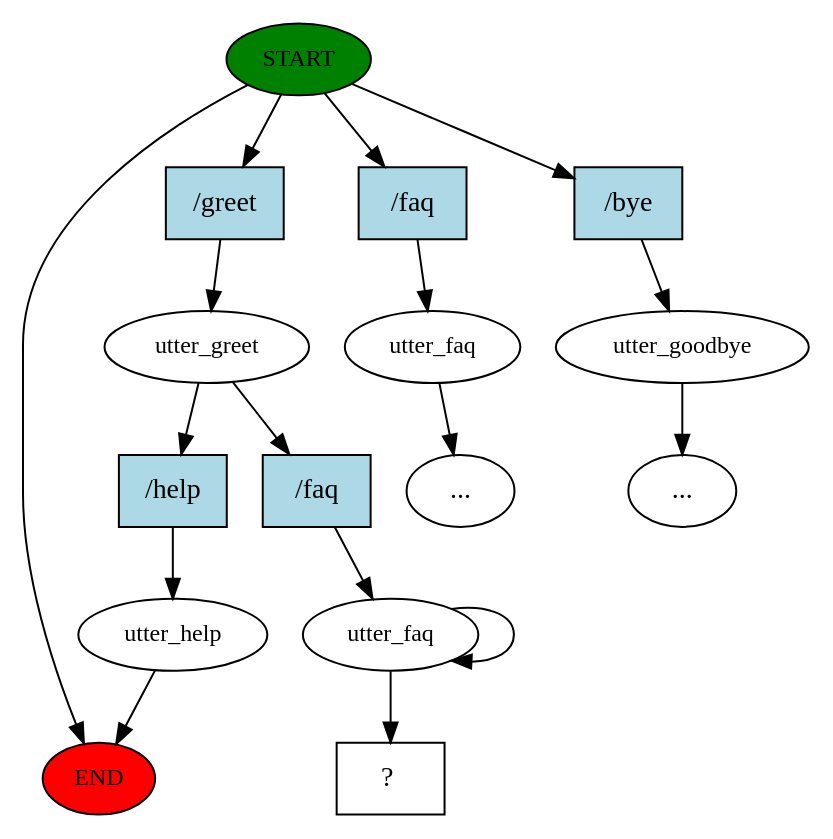
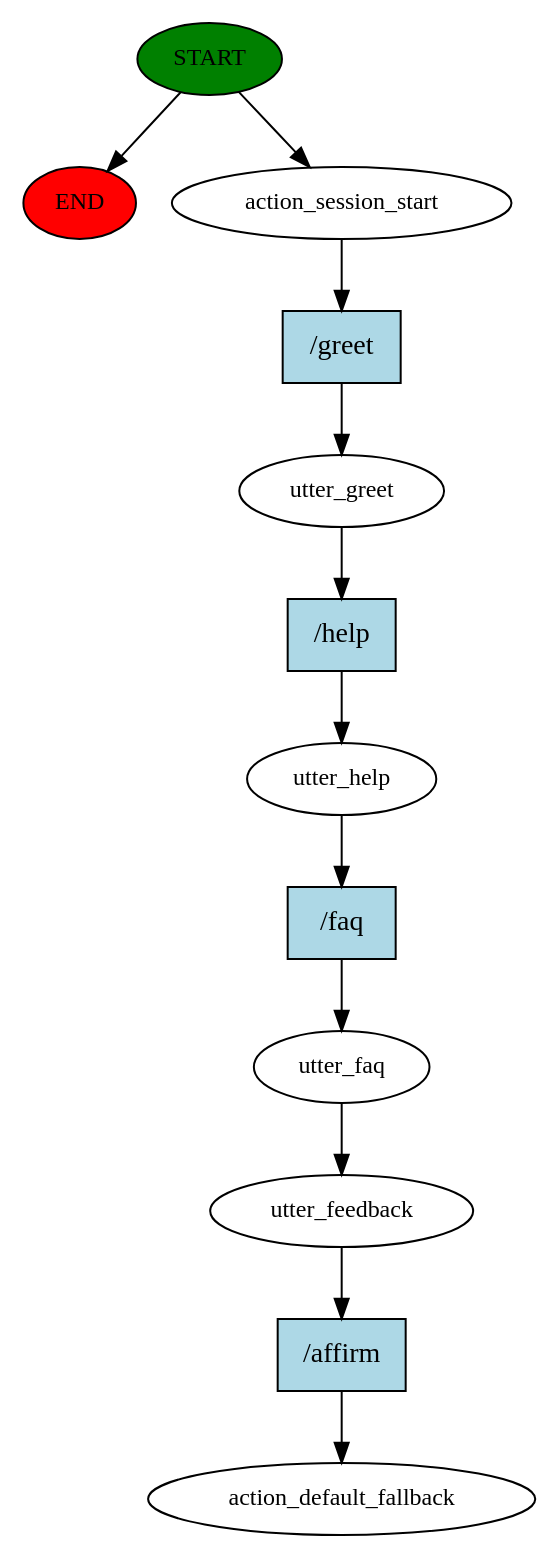
Before and after one commit to michelicious11/Chatbot_Rasa: the diagram in story_graph.dot, drawn with Graphviz. The commit also changed 201 other files, not shown here.

```diff
--- a/story_graph.dot
+++ b/story_graph.dot
@@ -1,33 +1,25 @@
 digraph  {
 0 [class="start active", fillcolor=green, fontsize=12, label=START, style=filled];
 "-1" [class=end, fillcolor=red, fontsize=12, label=END, style=filled];
-1 [class=active, fontsize=12, label=utter_greet];
-2 [class="", fontsize=12, label=utter_help];
-3 [class="", fontsize=12, label=utter_faq];
-"-3" [class=ellipsis, label="..."];
-4 [class="", fontsize=12, label=utter_goodbye];
-"-4" [class=ellipsis, label="..."];
-6 [class=active, fontsize=12, label=utter_faq];
-8 [class="intent dashed active", label="  ?  ", shape=rect];
-9 [class="intent active", fillcolor=lightblue, label="/greet", shape=rect, style=filled];
-10 [class=intent, fillcolor=lightblue, label="/faq", shape=rect, style=filled];
-11 [class=intent, fillcolor=lightblue, label="/bye", shape=rect, style=filled];
-12 [class=intent, fillcolor=lightblue, label="/help", shape=rect, style=filled];
-13 [class="intent active", fillcolor=lightblue, label="/faq", shape=rect, style=filled];
+1 [class=active, fontsize=12, label=action_session_start];
+2 [class=active, fontsize=12, label=utter_greet];
+3 [class=active, fontsize=12, label=utter_help];
+4 [class=active, fontsize=12, label=utter_faq];
+5 [class=active, fontsize=12, label=utter_feedback];
+6 [class="dashed active", fontsize=12, label=action_default_fallback];
+7 [class="intent active", fillcolor=lightblue, label="/greet", shape=rect, style=filled];
+8 [class="intent active", fillcolor=lightblue, label="/help", shape=rect, style=filled];
+9 [class="intent active", fillcolor=lightblue, label="/faq", shape=rect, style=filled];
+10 [class="intent active", fillcolor=lightblue, label="/affirm", shape=rect, style=filled];
 0 -> "-1"  [class="", key=NONE, label=""];
-0 -> 9  [class=active, key=0];
-0 -> 10  [class="", key=0];
-0 -> 11  [class="", key=0];
-1 -> 12  [class="", key=0];
-1 -> 13  [class=active, key=0];
-2 -> "-1"  [class="", key=NONE, label=""];
-3 -> "-3"  [class="", key=NONE, label=""];
-4 -> "-4"  [class="", key=NONE, label=""];
-6 -> 8  [class=active, key=NONE, label=""];
-6 -> 6  [class=active, key=NONE, label=""];
-9 -> 1  [class=active, key=0];
-10 -> 3  [class="", key=0];
-11 -> 4  [class="", key=0];
-12 -> 2  [class="", key=0];
-13 -> 6  [class=active, key=0];
+0 -> 1  [class=active, key=NONE, label=""];
+1 -> 7  [class=active, key=0];
+2 -> 8  [class=active, key=0];
+3 -> 9  [class=active, key=0];
+4 -> 5  [class=active, key=NONE, label=""];
+5 -> 10  [class=active, key=0];
+7 -> 2  [class=active, key=0];
+8 -> 3  [class=active, key=0];
+9 -> 4  [class=active, key=0];
+10 -> 6  [class=active, key=0];
 }
```
